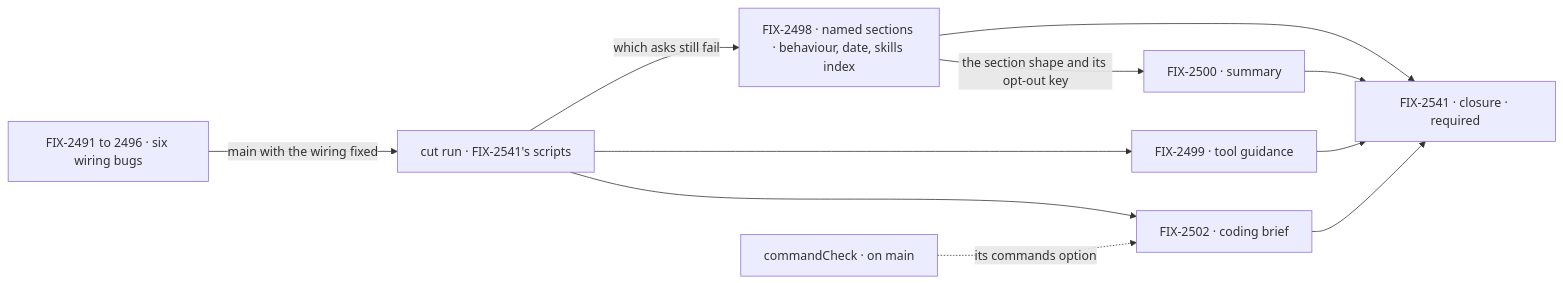
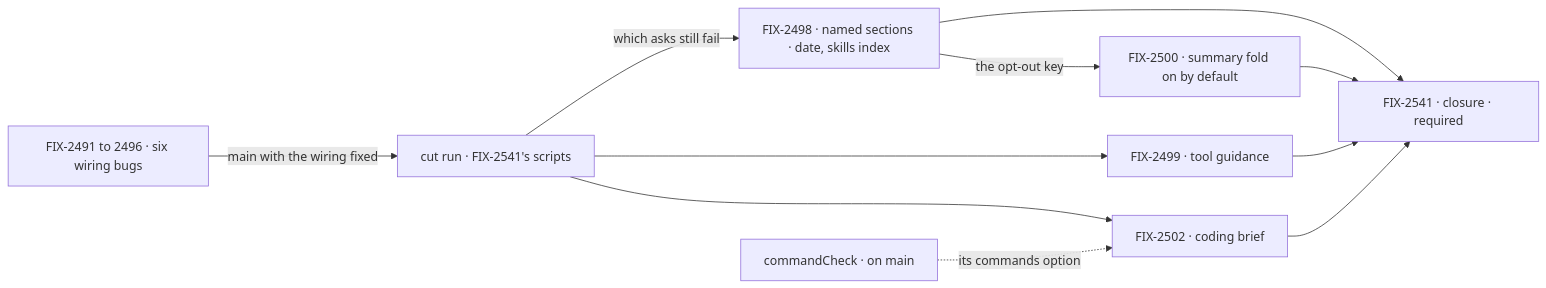
One commit to fixpoint-labs/flow-state-dev changed the second of 2 diagrams in specs/epics/FIX-2490/SPEC.md. Above: the diagram before and after it, drawn with Mermaid. The commit also changed other lines of this file and 2 other files, not shown here.

First line of the commit message:
spec(epic): FIX-2490 folds the owner's Nov 12 cut

````diff
--- a/specs/epics/FIX-2490/SPEC.md
+++ b/specs/epics/FIX-2490/SPEC.md
@@ -110,13 +110,13 @@
 ```mermaid
 flowchart LR
   B["FIX-2491 to 2496 · six wiring bugs"] -->|"main with the wiring fixed"| CUT["cut run · FIX-2541's scripts"]
-  CUT -->|"which asks still fail"| S["FIX-2498 · named sections · behaviour, date, skills index"]
-  S -->|"the section shape and its opt-out key"| K["FIX-2500 · summary"]
+  CUT -->|"which asks still fail"| S["FIX-2498 · named sections · date, skills index"]
+  S -->|"the opt-out key"| K["FIX-2500 · summary fold on by default"]
   CUT --> T["FIX-2499 · tool guidance"]
   CUT --> H["FIX-2502 · coding brief"]
   X["commandCheck · on main"] -.->|"its commands option"| H
   S --> CL["FIX-2541 · closure · required"]
   K --> CL
   T --> CL
   H --> CL
 ```
````
